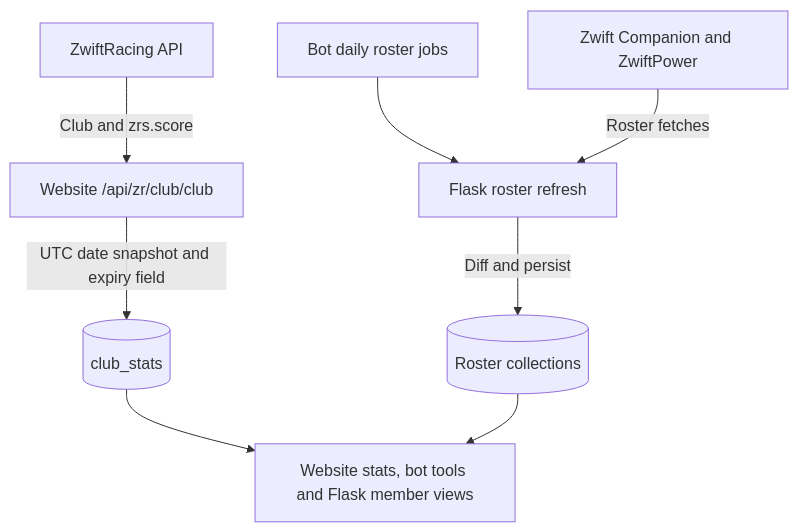
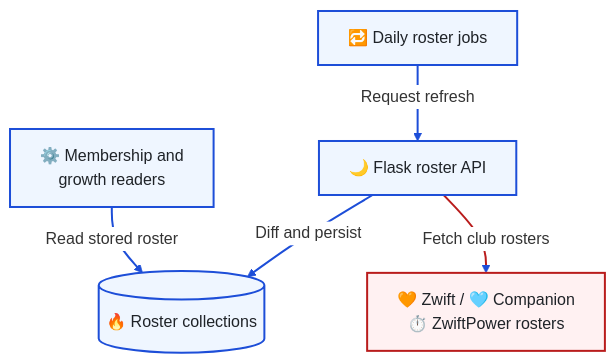
Before and after one commit to T00few2/dzr: the third of 3 diagrams in docs/architecture/data.md, drawn with Mermaid. The commit also changed other lines of this file and 15 other files, not shown here.

First line of the commit message:
docs: standardize Mermaid notation and map the technology stack

````diff
--- a/docs/architecture/data.md
+++ b/docs/architecture/data.md
@@ -72,10 +117,22 @@
 ```mermaid
+---
+config:
+  theme: base
+  themeVariables:
+    edgeLabelBackground: '#ffffff'
+  flowchart:
+    padding: 15
+    nodeSpacing: 35
+    rankSpacing: 40
+---
 flowchart TB
-    zr[ZwiftRacing API] -->|Club and zrs.score| ingest[Website /api/zr/club/club]
-    ingest -->|UTC date snapshot and expiry field| stats[(club_stats)]
-    stats --> readers[Website stats, bot tools and Flask member views]
-    scheduler[Bot daily roster jobs] --> flask[Flask roster refresh]
-    sources[Zwift Companion and ZwiftPower] -->|Roster fetches| flask
-    flask -->|Diff and persist| rosters[(Roster collections)]
-    rosters --> readers
+    scheduler["🔁 Daily roster jobs"] -->|Request refresh| flask["🌙 Flask roster API"]
+    flask -->|Diff and persist| rosters[("🔥 Roster collections")]
+    readers["⚙️ Membership and<br/>growth readers"] -->|Read stored roster| rosters
+    flask -->|Fetch club rosters| sources["🧡 Zwift / 🩵 Companion<br/>⏱️ ZwiftPower rosters"]
+    classDef default fill:#eff6ff,stroke:#1d4ed8,stroke-width:2px,color:#1f2328
+    classDef external fill:#fff1f2,stroke:#b91c1c,stroke-width:2px,color:#1f2328
+    linkStyle default stroke:#1d4ed8,stroke-width:2px
+    class sources external
+    linkStyle 3 stroke:#b91c1c,stroke-width:2px
 ```
````
